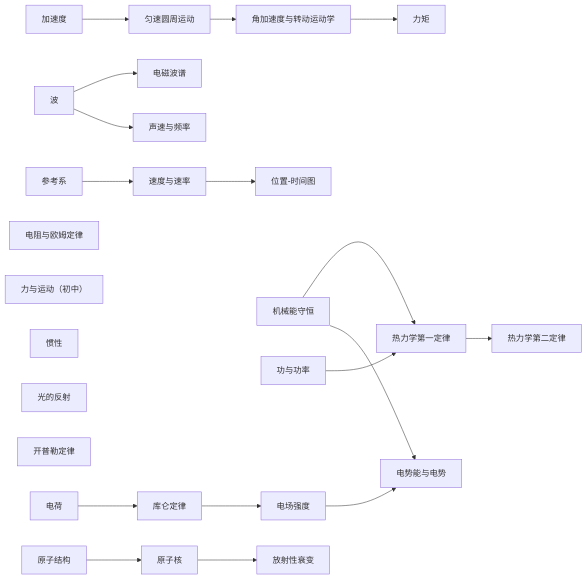
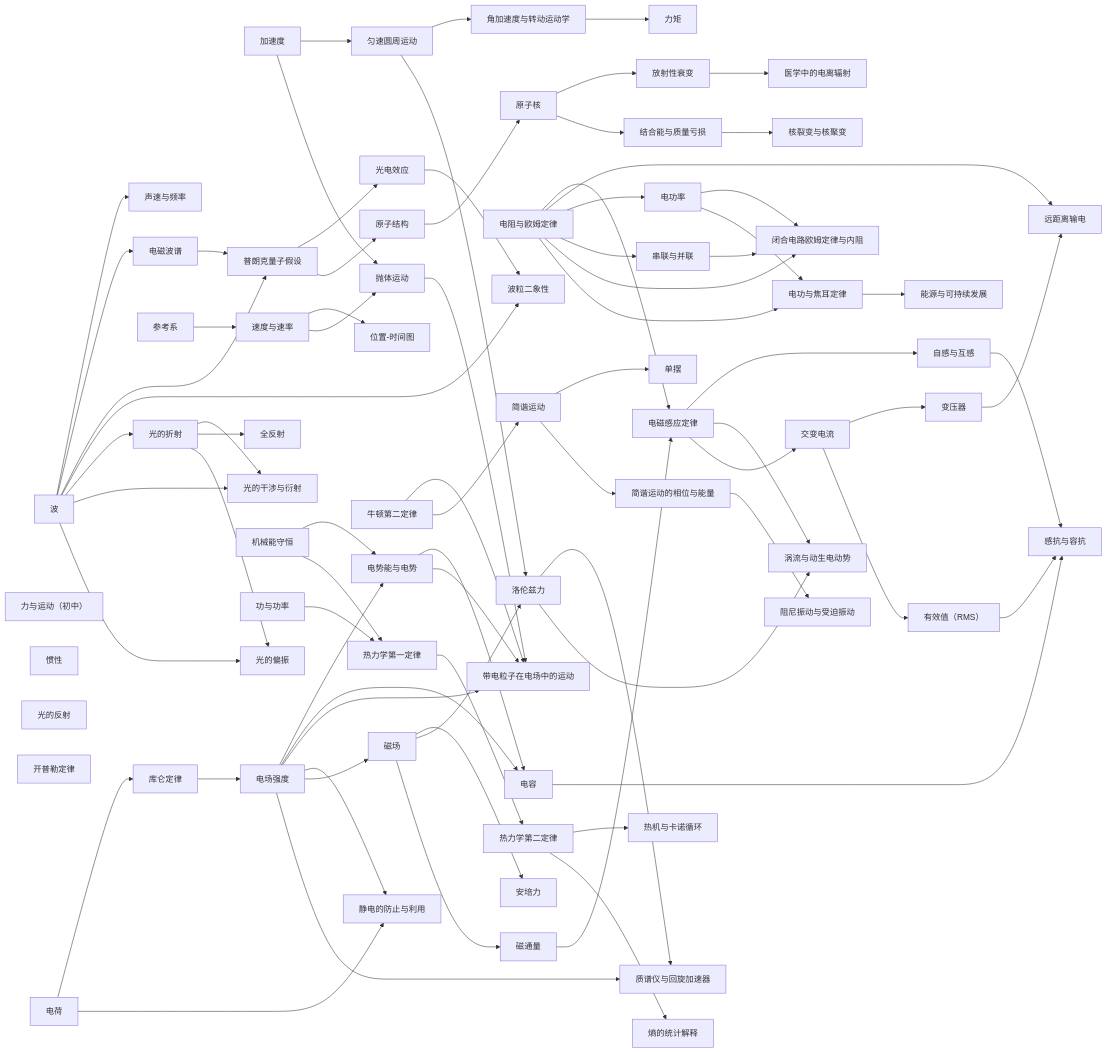
The first of 2 diagrams in knowledge/physics/README.en.md (hpleapfrog/Scholia), drawn with Mermaid before and after one commit. The commit also changed other lines of this file and 101 other files, not shown here.

````diff
--- a/knowledge/physics/README.en.md
+++ b/knowledge/physics/README.en.md
@@ -7,21 +7,70 @@
 ```mermaid
 graph LR
   W["波"] --> A["声速与频率"]
   AC["加速度"] --> UCM["匀速圆周运动"]
   UCM --> RA["角加速度与转动运动学"] --> TQ["力矩"]
   W --> M["电磁波谱"]
+  W --> PQ["普朗克量子假设"]
+  M --> PQ
+  PQ --> PE["光电效应"]
+  PE --> WPD["波粒二象性"]
+  W --> WPD
+  PQ --> AT["原子结构"]
   F["参考系"] --> S["速度与速率"] --> P["位置-时间图"]
   R["电阻与欧姆定律"]
   N["力与运动（初中）"]
   I["惯性"]
   L["光的反射"]
+  W --> RF["光的折射"] --> LID["光的干涉与衍射"]
+  RF --> TIR["全反射"]
+  W --> LID
+  W --> POL["光的偏振"]
+  RF --> POL
   E["机械能守恒"]
   K["开普勒定律"]
-  AT["原子结构"]
   WP["功与功率"]
   CH["电荷"] --> CL["库仑定律"] --> EF["电场强度"] --> EP["电势能与电势"]
   E --> EP
+  EP --> C["电容"]
+  EF --> C
+  EP --> CPM["带电粒子在电场中的运动"]
+  EF --> CPM
+  PM --> CPM
+  NSL --> CPM
+  CH --> EPU["静电的防止与利用"]
+  EF --> EPU
   WP --> T1["热力学第一定律"] --> T2["热力学第二定律"]
+  T2 --> HE["热机与卡诺循环"]
+  T2 --> SE["熵的统计解释"]
   E --> T1
   AT --> AN["原子核"] --> RD["放射性衰变"]
+  AN --> BE["结合能与质量亏损"] --> FF["核裂变与核聚变"]
+  RD --> IRM["医学中的电离辐射"]
+  EF --> MF["磁场"] --> AF["安培力"]
+  MF --> LF["洛伦兹力"]
+  UCM --> LF
+  LF --> MSC["质谱仪与回旋加速器"]
+  EF --> MSC
+  MF --> FL["磁通量"] --> EI["电磁感应定律"]
+  R --> EI
+  EI --> SI["自感与互感"]
+  EI --> EC["涡流与动生电动势"]
+  LF --> EC
+  EI --> AC2["交变电流"] --> TR["变压器"] --> PT["远距离输电"]
+  AC2 --> RMS["有效值（RMS）"] --> RX["感抗与容抗"]
+  SI --> RX
+  C --> RX
+  R --> PT
+  S --> PM["抛体运动"]
+  AC --> PM
+  NSL["牛顿第二定律"] --> SHM["简谐运动"] --> SP["单摆"]
+  SHM --> PES["简谐运动的相位与能量"] --> DFO["阻尼振动与受迫振动"]
+  R --> EPW["电功率"]
+  R --> SER["串联与并联"]
+  R --> CCL["闭合电路欧姆定律与内阻"]
+  SER --> CCL
+  EPW --> CCL
+  EPW --> EWJ["电功与焦耳定律"]
+  R --> EWJ
+  EWJ --> ERS["能源与可持续发展"]
 ```
````
